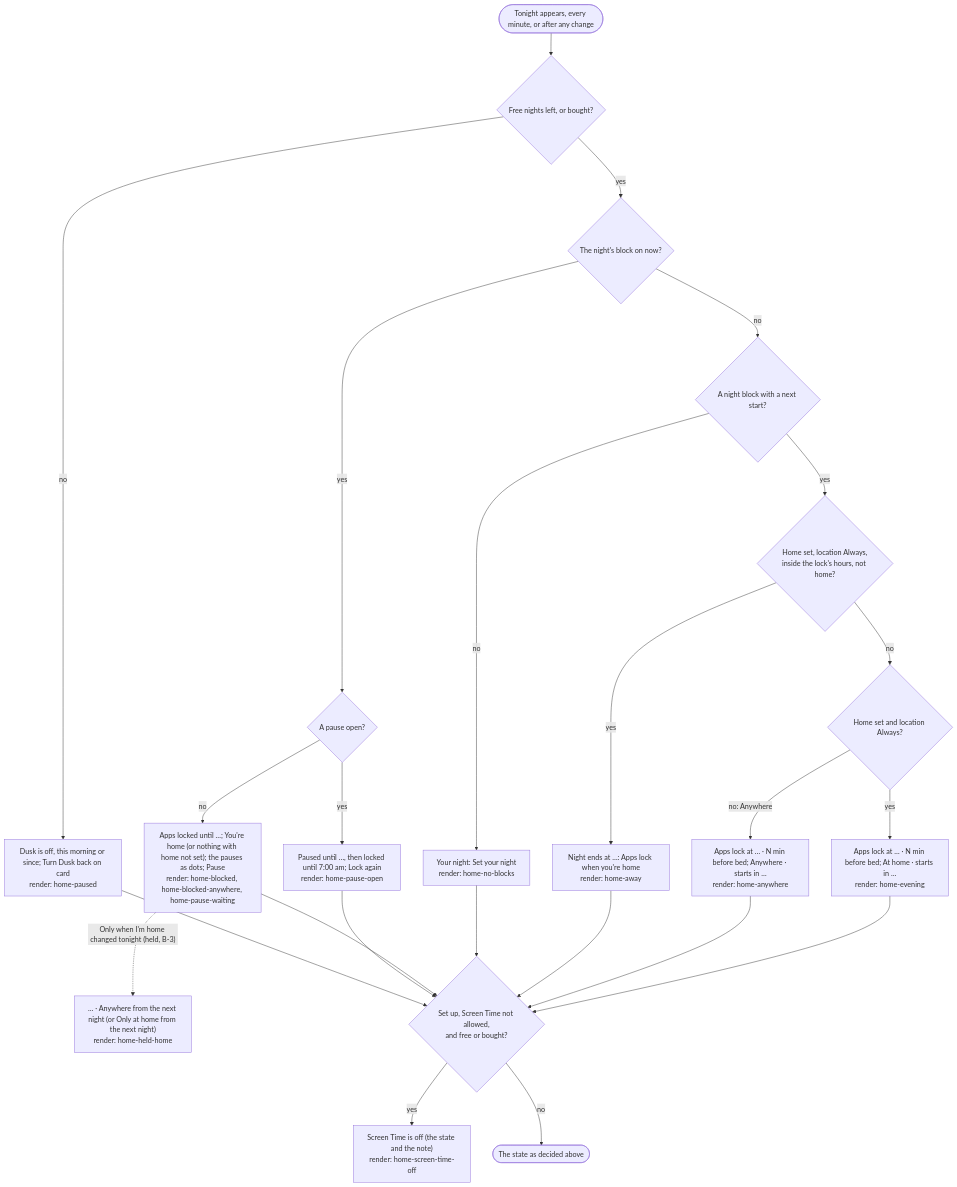
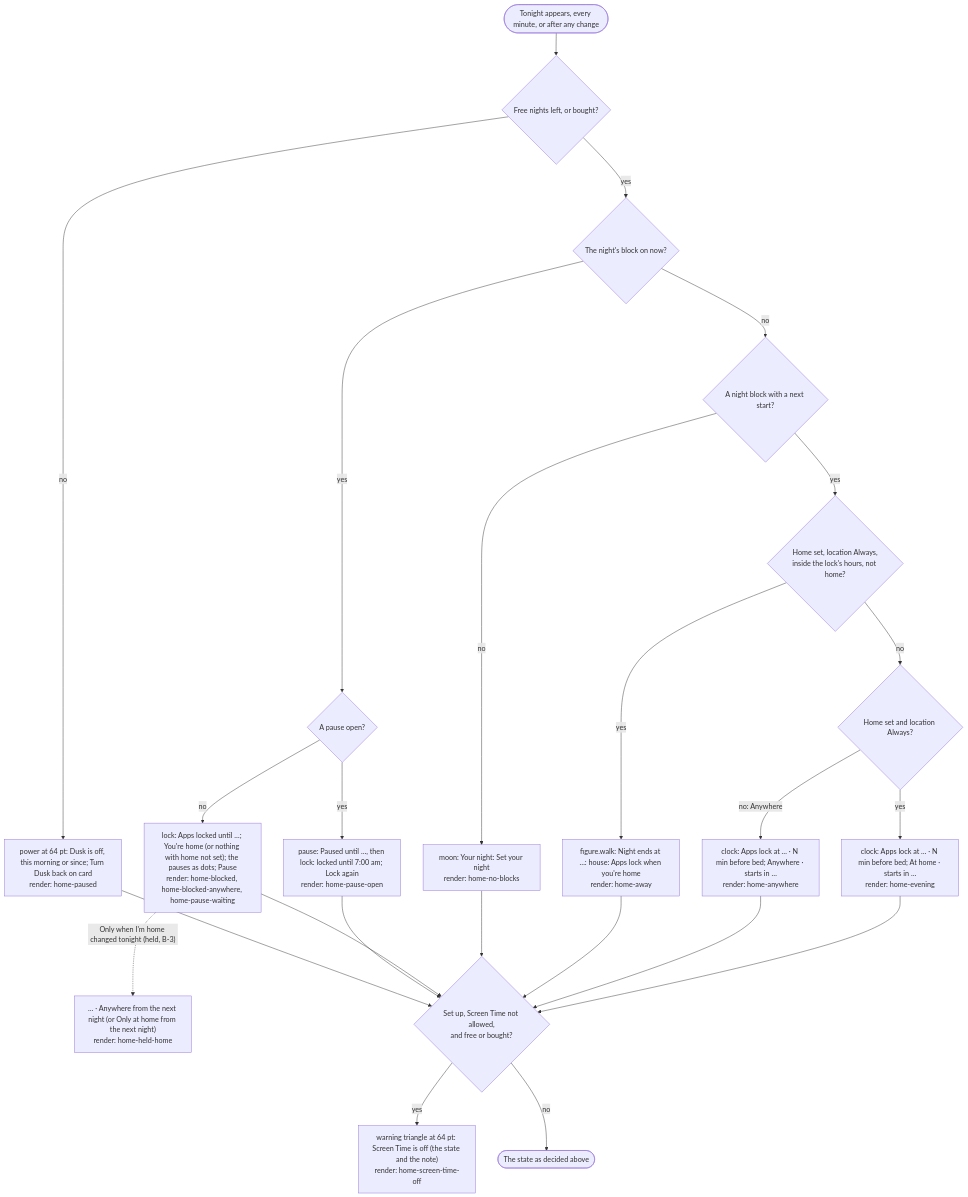
Before and after one commit to adit-rah/toll: the first of 6 diagrams in docs/flows/tonight.md, drawn with Mermaid. The commit also changed other lines of this file and 26 other files, not shown here.

````diff
--- a/docs/flows/tonight.md
+++ b/docs/flows/tonight.md
@@ -13,28 +13,28 @@
 ```mermaid
 flowchart TD
   open(["Tonight appears, every minute, or after any change"]) --> entitled{"Free nights left, or bought?"}
-  entitled -->|"no"| off["Dusk is off, this morning or since; Turn Dusk back on card<br/>render: home-paused"]
+  entitled -->|"no"| off["power at 64 pt: Dusk is off, this morning or since; Turn Dusk back on card<br/>render: home-paused"]
   entitled -->|"yes"| nightOn{"The night's block on now?"}
   nightOn -->|"yes"| pauseOpen{"A pause open?"}
-  pauseOpen -->|"yes"| paused["Paused until …, then locked until 7:00 am; Lock again<br/>render: home-pause-open"]
-  pauseOpen -->|"no"| locked["Apps locked until …; You're home (or nothing with home not set); the pauses as dots; Pause<br/>render: home-blocked, home-blocked-anywhere, home-pause-waiting"]
+  pauseOpen -->|"yes"| paused["pause: Paused until …, then lock: locked until 7:00 am; Lock again<br/>render: home-pause-open"]
+  pauseOpen -->|"no"| locked["lock: Apps locked until …; You're home (or nothing with home not set); the pauses as dots; Pause<br/>render: home-blocked, home-blocked-anywhere, home-pause-waiting"]
   locked -.->|"Only when I'm home changed tonight (held, B-3)"| lockedHeld["… · Anywhere from the next night (or Only at home from the next night)<br/>render: home-held-home"]
   nightOn -->|"no"| hasNight{"A night block with a next start?"}
-  hasNight -->|"no"| noNight["Your night: Set your night<br/>render: home-no-blocks"]
+  hasNight -->|"no"| noNight["moon: Your night: Set your night<br/>render: home-no-blocks"]
   hasNight -->|"yes"| awayCheck{"Home set, location Always,<br/>inside the lock's hours, not home?"}
-  awayCheck -->|"yes"| away["Night ends at …: Apps lock when you're home<br/>render: home-away"]
+  awayCheck -->|"yes"| away["figure.walk: Night ends at …: house: Apps lock when you're home<br/>render: home-away"]
   awayCheck -->|"no"| placeCheck{"Home set and location Always?"}
-  placeCheck -->|"no: Anywhere"| anywhere["Apps lock at … · N min before bed; Anywhere · starts in …<br/>render: home-anywhere"]
-  placeCheck -->|"yes"| evening["Apps lock at … · N min before bed; At home · starts in …<br/>render: home-evening"]
+  placeCheck -->|"no: Anywhere"| anywhere["clock: Apps lock at … · N min before bed; Anywhere · starts in …<br/>render: home-anywhere"]
+  placeCheck -->|"yes"| evening["clock: Apps lock at … · N min before bed; At home · starts in …<br/>render: home-evening"]
 
   off --> stCheck
   paused --> stCheck
   locked --> stCheck
   noNight --> stCheck
   away --> stCheck
   anywhere --> stCheck
   evening --> stCheck
   stCheck{"Set up, Screen Time not allowed,<br/>and free or bought?"}
-  stCheck -->|"yes"| stOff["Screen Time is off (the state and the note)<br/>render: home-screen-time-off"]
+  stCheck -->|"yes"| stOff["warning triangle at 64 pt: Screen Time is off (the state and the note)<br/>render: home-screen-time-off"]
   stCheck -->|"no"| shown(["The state as decided above"])
 ```
````
